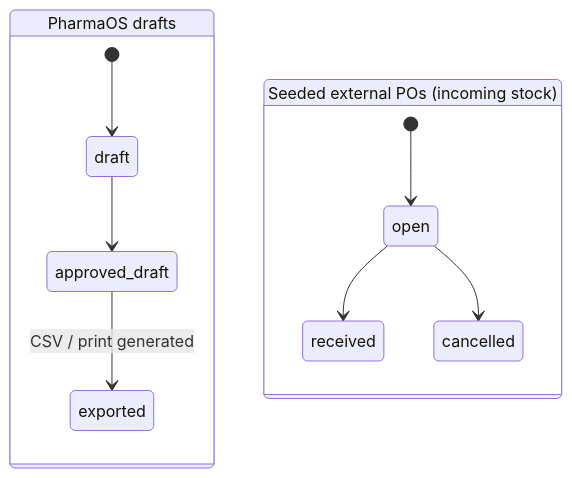
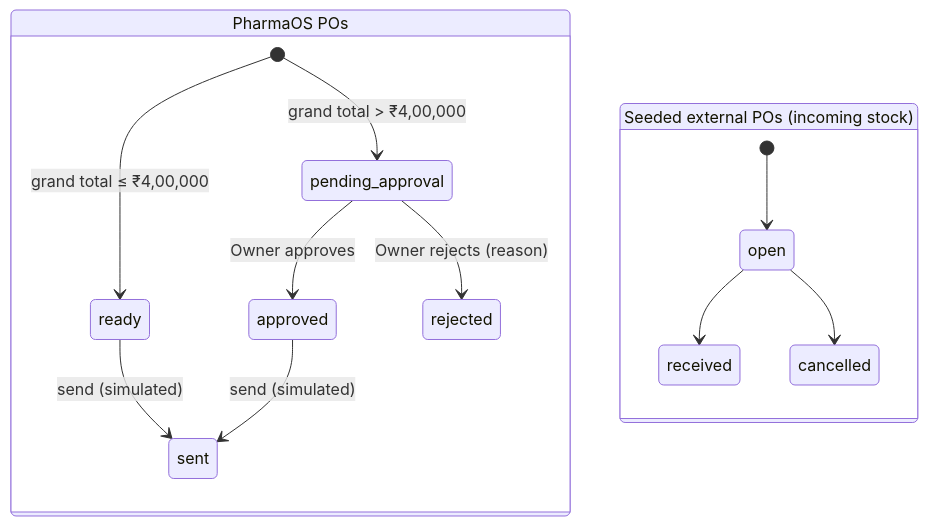
Before and after one commit to rushshah973/pharmaos: diagram 18 of 22 in architecture.md, drawn with Mermaid. The commit also changed other lines of this file and 35 other files, not shown here.

First line of the commit message:
Remove the purchase budget; add Owner approval for POs above ₹4,00,000

````diff
--- a/architecture.md
+++ b/architecture.md
@@ -497,13 +524,16 @@
 ```mermaid
 stateDiagram-v2
-    state "PharmaOS drafts" as pd {
-        [*] --> draft
-        draft --> approved_draft
-        approved_draft --> exported: CSV / print generated
+    state "PharmaOS POs" as pd {
+        [*] --> ready: grand total ≤ ₹4,00,000
+        [*] --> pending_approval: grand total > ₹4,00,000
+        pending_approval --> approved: Owner approves
+        pending_approval --> rejected: Owner rejects (reason)
+        ready --> sent: send (simulated)
+        approved --> sent: send (simulated)
     }
     state "Seeded external POs (incoming stock)" as ext {
         [*] --> open
         open --> received
         open --> cancelled
     }
 ```
````
